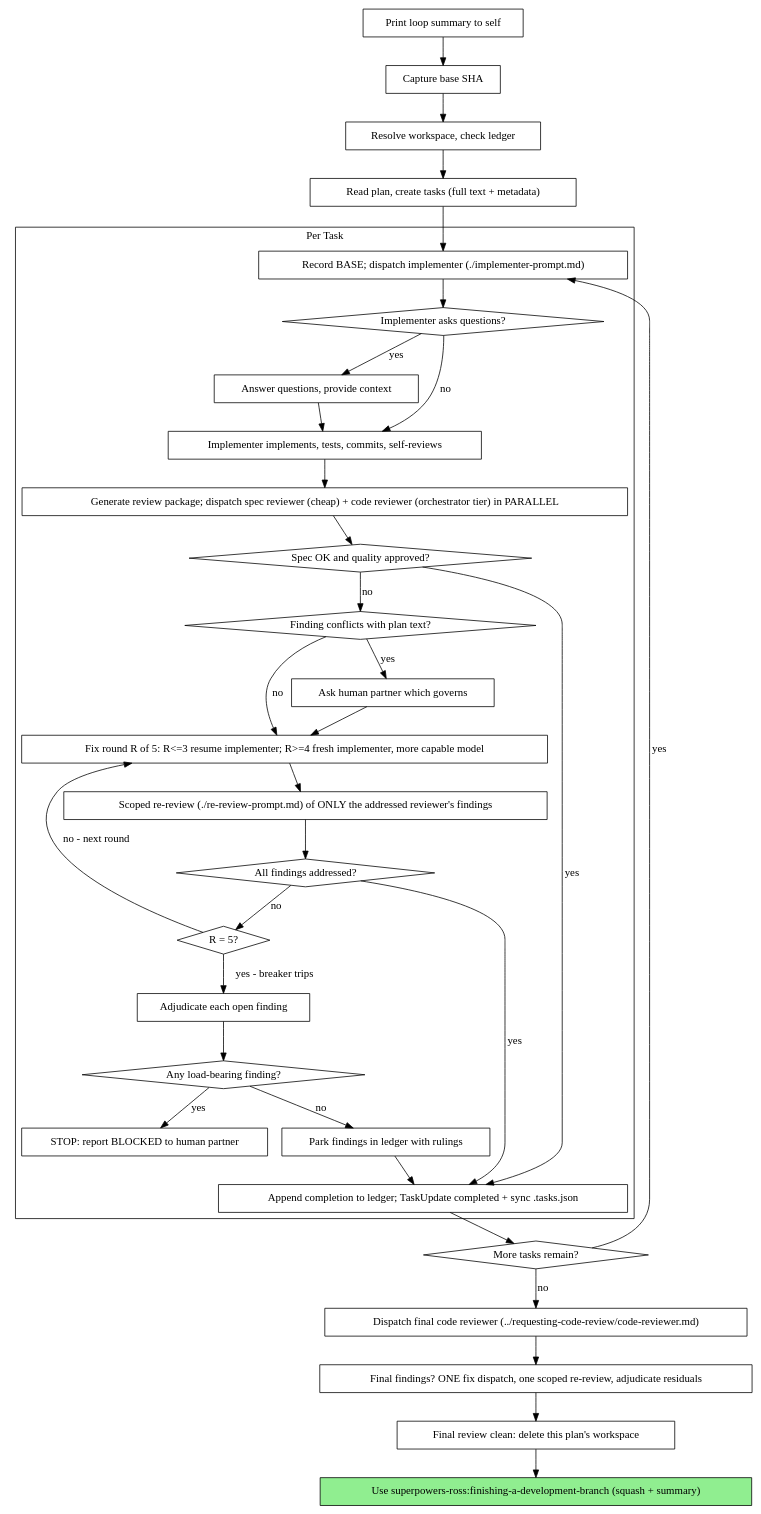
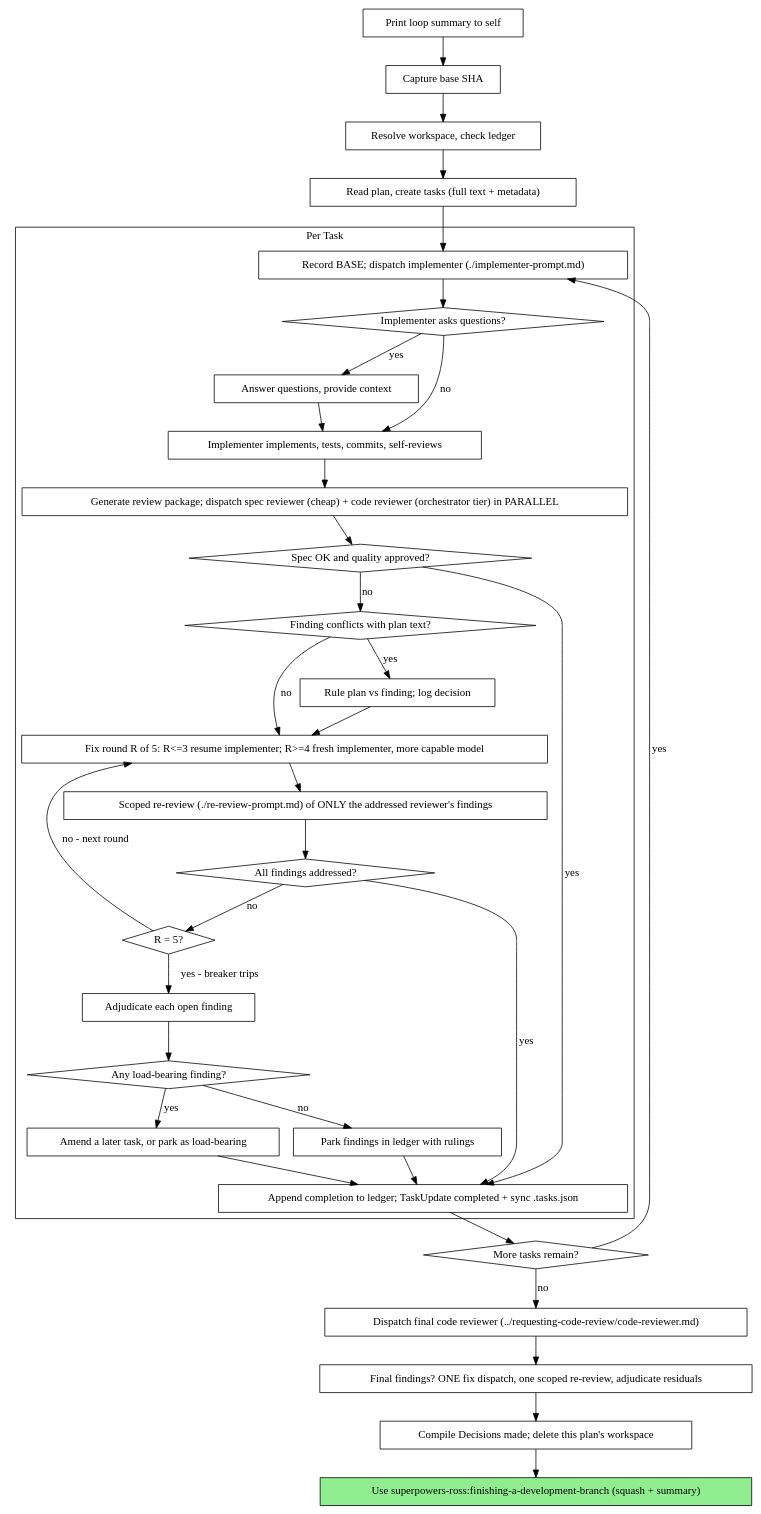
Before and after one commit to rossturner/superpowers: the second of 2 diagrams in skills/subagent-driven-development/SKILL.md, drawn with Graphviz. The commit also changed other lines of this file and 13 other files, not shown here.

````diff
--- a/skills/subagent-driven-development/SKILL.md
+++ b/skills/subagent-driven-development/SKILL.md
@@ -48,69 +48,70 @@
 ```dot
 digraph process {
     rankdir=TB;
 
     "Print loop summary to self" [shape=box];
     "Capture base SHA" [shape=box];
     "Resolve workspace, check ledger" [shape=box];
     "Read plan, create tasks (full text + metadata)" [shape=box];
 
     subgraph cluster_per_task {
         label="Per Task";
         "Record BASE; dispatch implementer (./implementer-prompt.md)" [shape=box];
         "Implementer asks questions?" [shape=diamond];
         "Answer questions, provide context" [shape=box];
         "Implementer implements, tests, commits, self-reviews" [shape=box];
         "Generate review package; dispatch spec reviewer (cheap) + code reviewer (orchestrator tier) in PARALLEL" [shape=box];
         "Spec OK and quality approved?" [shape=diamond];
         "Finding conflicts with plan text?" [shape=diamond];
-        "Ask human partner which governs" [shape=box];
+        "Rule plan vs finding; log decision" [shape=box];
         "Fix round R of 5: R<=3 resume implementer; R>=4 fresh implementer, more capable model" [shape=box];
         "Scoped re-review (./re-review-prompt.md) of ONLY the addressed reviewer's findings" [shape=box];
         "All findings addressed?" [shape=diamond];
         "R = 5?" [shape=diamond];
         "Adjudicate each open finding" [shape=box];
         "Any load-bearing finding?" [shape=diamond];
-        "STOP: report BLOCKED to human partner" [shape=box];
+        "Amend a later task, or park as load-bearing" [shape=box];
         "Park findings in ledger with rulings" [shape=box];
         "Append completion to ledger; TaskUpdate completed + sync .tasks.json" [shape=box];
     }
 
     "More tasks remain?" [shape=diamond];
     "Dispatch final code reviewer (../requesting-code-review/code-reviewer.md)" [shape=box];
     "Final findings? ONE fix dispatch, one scoped re-review, adjudicate residuals" [shape=box];
-    "Final review clean: delete this plan's workspace" [shape=box];
+    "Compile Decisions made; delete this plan's workspace" [shape=box];
     "Use superpowers-ross:finishing-a-development-branch (squash + summary)" [shape=box style=filled fillcolor=lightgreen];
 
     "Print loop summary to self" -> "Capture base SHA";
     "Capture base SHA" -> "Resolve workspace, check ledger";
     "Resolve workspace, check ledger" -> "Read plan, create tasks (full text + metadata)";
     "Read plan, create tasks (full text + metadata)" -> "Record BASE; dispatch implementer (./implementer-prompt.md)";
     "Record BASE; dispatch implementer (./implementer-prompt.md)" -> "Implementer asks questions?";
     "Implementer asks questions?" -> "Answer questions, provide context" [label="yes"];
     "Answer questions, provide context" -> "Implementer implements, tests, commits, self-reviews";
     "Implementer asks questions?" -> "Implementer implements, tests, commits, self-reviews" [label="no"];
     "Implementer implements, tests, commits, self-reviews" -> "Generate review package; dispatch spec reviewer (cheap) + code reviewer (orchestrator tier) in PARALLEL";
     "Generate review package; dispatch spec reviewer (cheap) + code reviewer (orchestrator tier) in PARALLEL" -> "Spec OK and quality approved?";
     "Spec OK and quality approved?" -> "Append completion to ledger; TaskUpdate completed + sync .tasks.json" [label="yes"];
     "Spec OK and quality approved?" -> "Finding conflicts with plan text?" [label="no"];
-    "Finding conflicts with plan text?" -> "Ask human partner which governs" [label="yes"];
-    "Ask human partner which governs" -> "Fix round R of 5: R<=3 resume implementer; R>=4 fresh implementer, more capable model";
+    "Finding conflicts with plan text?" -> "Rule plan vs finding; log decision" [label="yes"];
+    "Rule plan vs finding; log decision" -> "Fix round R of 5: R<=3 resume implementer; R>=4 fresh implementer, more capable model";
     "Finding conflicts with plan text?" -> "Fix round R of 5: R<=3 resume implementer; R>=4 fresh implementer, more capable model" [label="no"];
     "Fix round R of 5: R<=3 resume implementer; R>=4 fresh implementer, more capable model" -> "Scoped re-review (./re-review-prompt.md) of ONLY the addressed reviewer's findings";
     "Scoped re-review (./re-review-prompt.md) of ONLY the addressed reviewer's findings" -> "All findings addressed?";
     "All findings addressed?" -> "Append completion to ledger; TaskUpdate completed + sync .tasks.json" [label="yes"];
     "All findings addressed?" -> "R = 5?" [label="no"];
     "R = 5?" -> "Fix round R of 5: R<=3 resume implementer; R>=4 fresh implementer, more capable model" [label="no - next round"];
     "R = 5?" -> "Adjudicate each open finding" [label="yes - breaker trips"];
     "Adjudicate each open finding" -> "Any load-bearing finding?";
-    "Any load-bearing finding?" -> "STOP: report BLOCKED to human partner" [label="yes"];
+    "Any load-bearing finding?" -> "Amend a later task, or park as load-bearing" [label="yes"];
+    "Amend a later task, or park as load-bearing" -> "Append completion to ledger; TaskUpdate completed + sync .tasks.json";
     "Any load-bearing finding?" -> "Park findings in ledger with rulings" [label="no"];
     "Park findings in ledger with rulings" -> "Append completion to ledger; TaskUpdate completed + sync .tasks.json";
     "Append completion to ledger; TaskUpdate completed + sync .tasks.json" -> "More tasks remain?";
     "More tasks remain?" -> "Record BASE; dispatch implementer (./implementer-prompt.md)" [label="yes"];
     "More tasks remain?" -> "Dispatch final code reviewer (../requesting-code-review/code-reviewer.md)" [label="no"];
     "Dispatch final code reviewer (../requesting-code-review/code-reviewer.md)" -> "Final findings? ONE fix dispatch, one scoped re-review, adjudicate residuals";
-    "Final findings? ONE fix dispatch, one scoped re-review, adjudicate residuals" -> "Final review clean: delete this plan's workspace";
-    "Final review clean: delete this plan's workspace" -> "Use superpowers-ross:finishing-a-development-branch (squash + summary)";
+    "Final findings? ONE fix dispatch, one scoped re-review, adjudicate residuals" -> "Compile Decisions made; delete this plan's workspace";
+    "Compile Decisions made; delete this plan's workspace" -> "Use superpowers-ross:finishing-a-development-branch (squash + summary)";
 }
 ```
````
